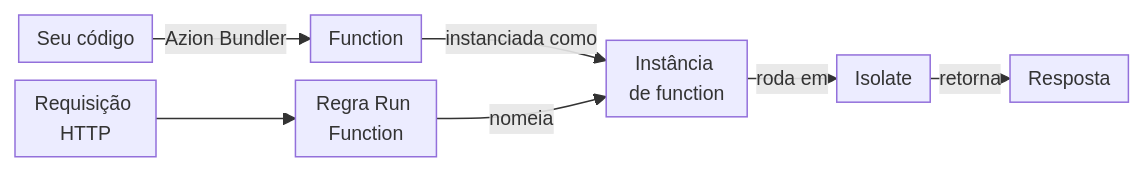
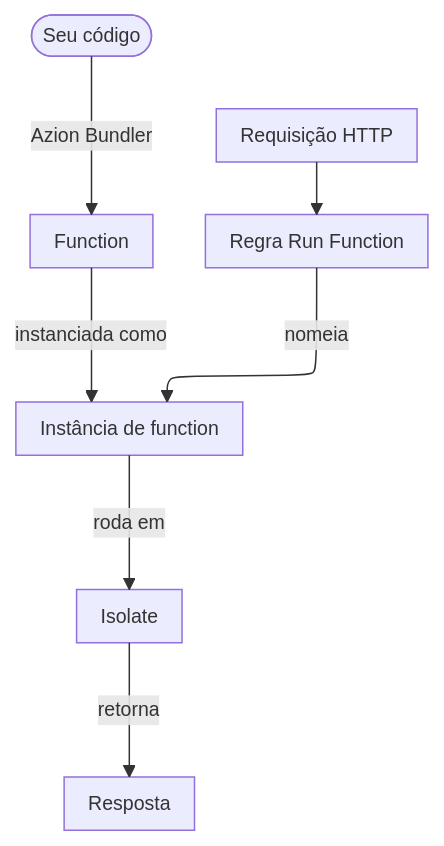
One commit to aziontech/docs changed the diagram in apps/docs/src/content/docs/pt-br/pages/devtools/azion-edge-runtime/visao-geral/visao-geral-runtime.mdx. Above: the diagram before and after it, drawn with Mermaid. The commit also changed 179 other files, not shown here.

Commit message:
docs(diagrams): redraw every other diagram in the use-case diagram style (#2513)

````diff
--- a/apps/docs/src/content/docs/pt-br/pages/devtools/azion-edge-runtime/visao-geral/visao-geral-runtime.mdx
+++ b/apps/docs/src/content/docs/pt-br/pages/devtools/azion-edge-runtime/visao-geral/visao-geral-runtime.mdx
@@ -61,10 +61,10 @@
 ```mermaid
-%%{init: {"layout": "dagre", "themeVariables": {"fontSize": "13px"}, "flowchart": {"nodeSpacing": 12, "rankSpacing": 12, "padding": 6, "wrappingWidth": 70, "minNodeWidth": 40, "useMaxWidth": true}}}%%
-flowchart LR
-  Code["Seu código"] -->|"Azion Bundler"| Fn["Function"]
+%%{init: {"layout": "elk", "themeVariables": {"fontSize": "13px"}, "flowchart": {"nodeSpacing": 24, "rankSpacing": 36, "padding": 8, "wrappingWidth": 150, "useMaxWidth": true}, "sequence": {"width": 120, "actorMargin": 30, "useMaxWidth": true}}}%%
+flowchart TD
+  Code(["Seu código"]) -->|"Azion Bundler"| Fn["Function"]
   Fn -->|"instanciada como"| Inst["Instância de function"]
   Req["Requisição HTTP"] --> Rule["Regra Run Function"]
   Rule -->|"nomeia"| Inst
   Inst -->|"roda em"| Iso["Isolate"]
   Iso -->|"retorna"| Resp["Resposta"]
 ```
````
